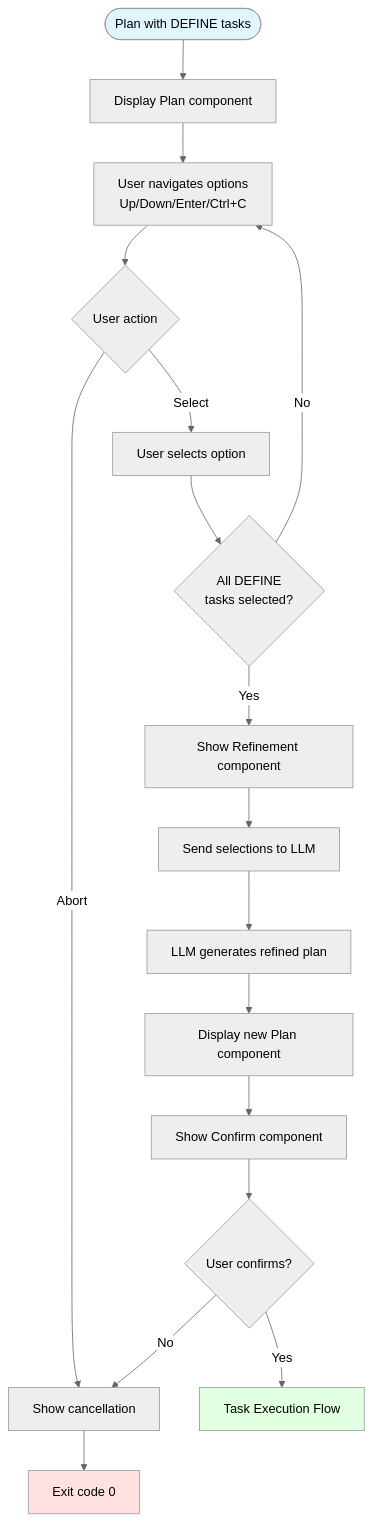
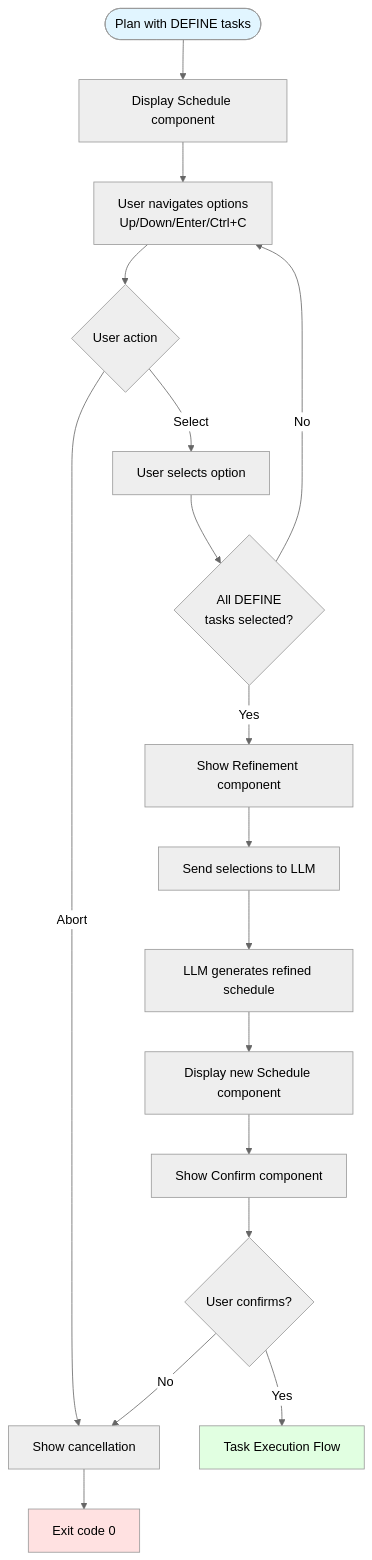
One commit to aswitalski/pls changed the fourth of 18 diagrams in FLOWS.md. Above: the diagram before and after it, drawn with Mermaid (neutral theme). The commit also changed other lines of this file and 45 other files, not shown here.

````diff
--- a/FLOWS.md
+++ b/FLOWS.md
@@ -233,29 +233,29 @@
 ```mermaid
 flowchart TD
-    Start([Plan with DEFINE tasks]) --> DisplayPlan[Display Plan component]
+    Start([Plan with DEFINE tasks]) --> DisplayPlan[Display Schedule component]
     DisplayPlan --> UserNav[User navigates options<br/>Up/Down/Enter/Ctrl+C]
 
     UserNav --> UserAction{User action}
     UserAction -->|Abort| ShowCancel[Show cancellation]
     UserAction -->|Select| SelectOpt[User selects option]
 
     SelectOpt --> AllSelected{All DEFINE<br/>tasks selected?}
     AllSelected -->|No| UserNav
     AllSelected -->|Yes| ShowRefine[Show Refinement component]
 
     ShowRefine --> SendToLLM[Send selections to LLM]
-    SendToLLM --> LLMRefine[LLM generates refined plan]
-    LLMRefine --> DisplayNew[Display new Plan component]
+    SendToLLM --> LLMRefine[LLM generates refined schedule]
+    LLMRefine --> DisplayNew[Display new Schedule component]
 
     DisplayNew --> ShowConfirm[Show Confirm component]
     ShowConfirm --> UserConfirm{User confirms?}
 
     UserConfirm -->|Yes| ExecFlow[Task Execution Flow]
     UserConfirm -->|No| ShowCancel
 
     ShowCancel --> Exit[Exit code 0]
 
     style Start fill:#e1f5ff
     style ExecFlow fill:#e1ffe1
     style Exit fill:#ffe1e1
 ```
````
